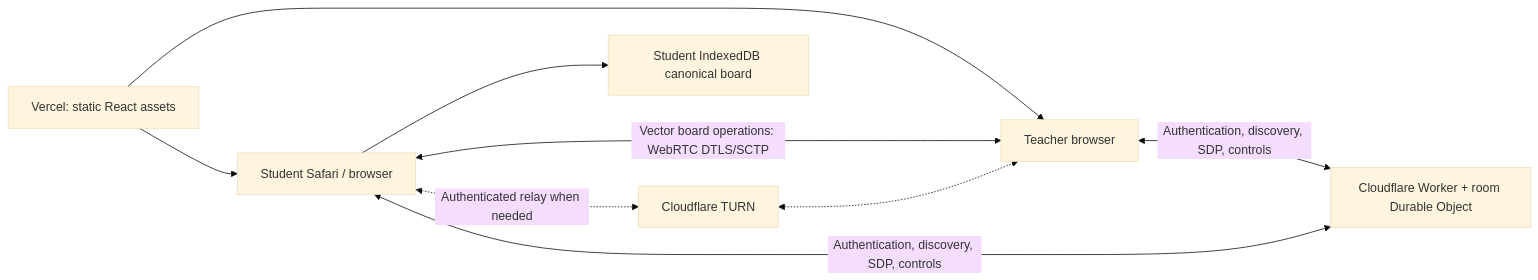
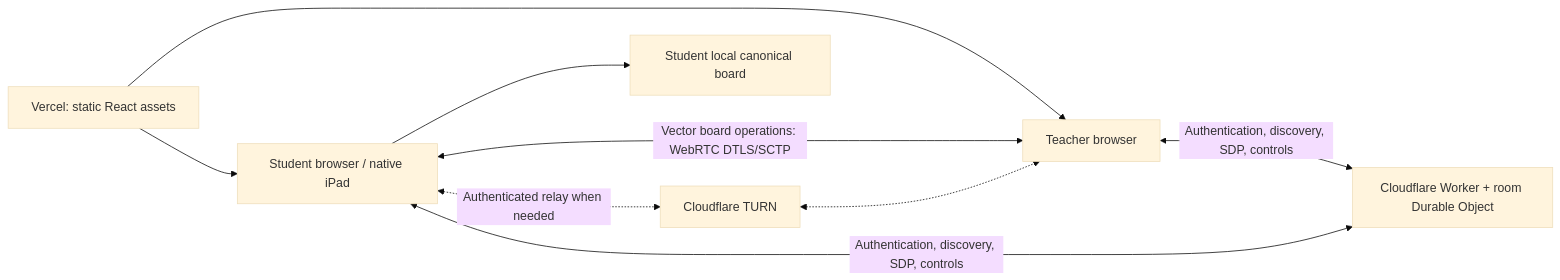
The diagram in docs/webrtc/architecture.md (digiguru/WhitePad), drawn with Mermaid (base theme) before and after one commit. The commit also changed other lines of this file and 12 other files, not shown here.

````diff
--- a/docs/webrtc/architecture.md
+++ b/docs/webrtc/architecture.md
@@ -7,11 +7,11 @@
 ```mermaid
 flowchart LR
   V[Vercel: static React assets] --> T[Teacher browser]
-  V --> S[Student Safari / browser]
+  V --> S[Student browser / native iPad]
   T <-->|Authentication, discovery, SDP, controls| D[Cloudflare Worker + room Durable Object]
   S <-->|Authentication, discovery, SDP, controls| D
   S <-->|Vector board operations: WebRTC DTLS/SCTP| T
   S <-.->|Authenticated relay when needed| R[Cloudflare TURN]
   R <-.-> T
-  S --> I[Student IndexedDB canonical board]
+  S --> I[Student local canonical board]
 ```
````
